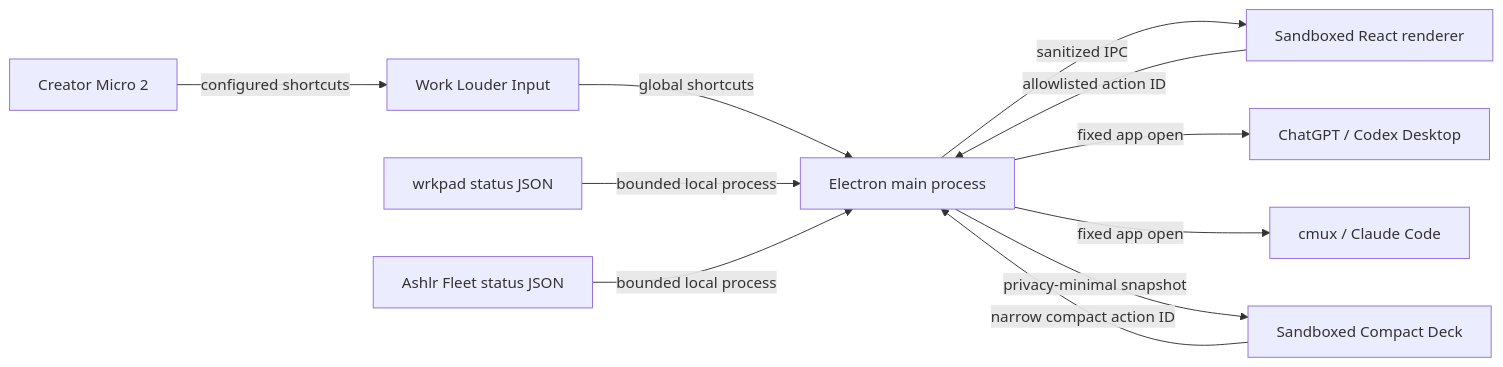
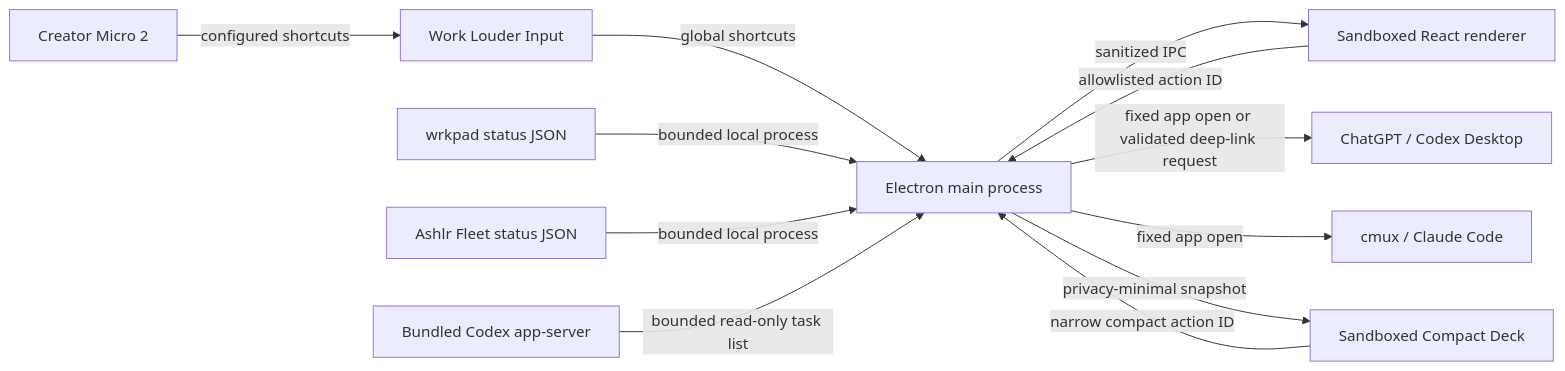
One commit to ashlrai/wrkpad changed the diagram in app/docs/architecture.md. Above: the diagram before and after it, drawn with Mermaid. The commit also changed other lines of this file and 45 other files, not shown here.

````diff
--- a/app/docs/architecture.md
+++ b/app/docs/architecture.md
@@ -7,13 +7,14 @@
 ```mermaid
 flowchart LR
   Board[Creator Micro 2] -->|configured shortcuts| Input[Work Louder Input]
   Input -->|global shortcuts| Main[Electron main process]
   Main -->|sanitized IPC| UI[Sandboxed React renderer]
   Wrkpad[wrkpad status JSON] -->|bounded local process| Main
   Fleet[Ashlr Fleet status JSON] -->|bounded local process| Main
-  Main -->|fixed app open| Codex[ChatGPT / Codex Desktop]
+  CodexCatalog[Bundled Codex app-server] -->|bounded read-only task list| Main
+  Main -->|fixed app open or validated deep-link request| Codex[ChatGPT / Codex Desktop]
   Main -->|fixed app open| Cmux[cmux / Claude Code]
   UI -->|allowlisted action ID| Main
   Main -->|privacy-minimal snapshot| Compact[Sandboxed Compact Deck]
   Compact -->|narrow compact action ID| Main
 ```
````
